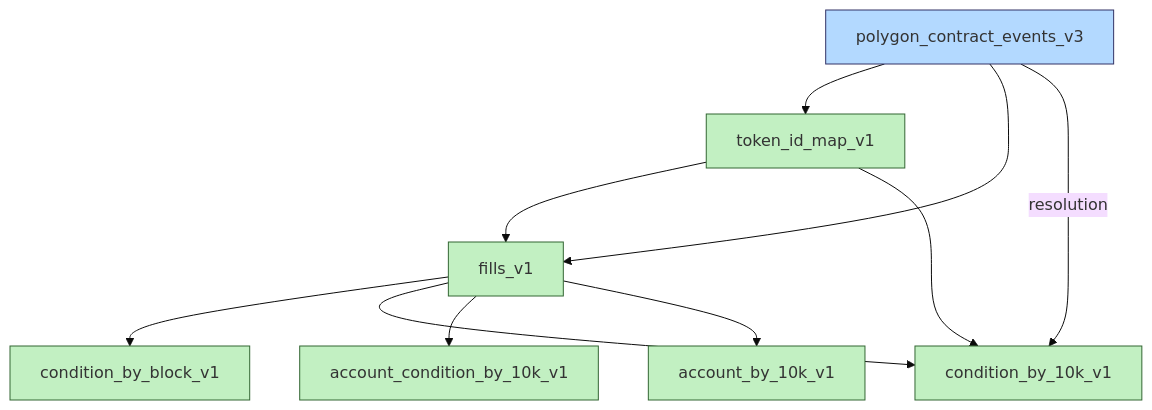
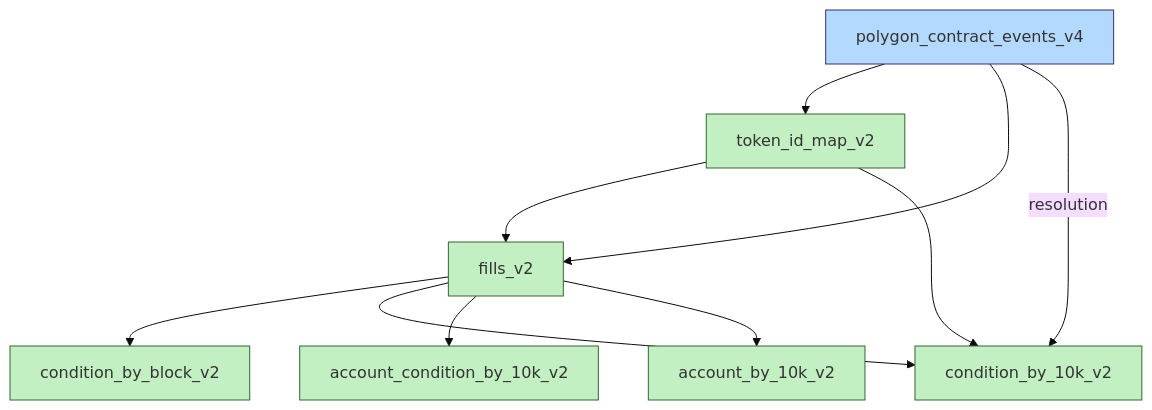
One commit to fulldecent/polymarket-quant-desk changed the diagram in docs/Data catalog.md. Above: the diagram before and after it, drawn with Mermaid (base theme). The commit also changed other lines of this file and 141 other files, not shown here.

First line of the commit message:
Add polygon_contract_events_v4 and derived v2 (drop tx hash, add timestamp)

````diff
--- a/docs/Data catalog.md
+++ b/docs/Data catalog.md
@@ -9,18 +9,18 @@
 ```mermaid
 graph TD
-    polygon_contract_events_v3 --> token_id_map_v1
-    polygon_contract_events_v3 --> fills_v1
-    token_id_map_v1 --> fills_v1
-    fills_v1 --> condition_by_block_v1
-    fills_v1 --> condition_by_10k_v1
-    polygon_contract_events_v3 --resolution--> condition_by_10k_v1
-    token_id_map_v1 --> condition_by_10k_v1
-    fills_v1 --> account_condition_by_10k_v1
-    fills_v1 --> account_by_10k_v1
+    polygon_contract_events_v4 --> token_id_map_v2
+    polygon_contract_events_v4 --> fills_v2
+    token_id_map_v2 --> fills_v2
+    fills_v2 --> condition_by_block_v2
+    fills_v2 --> condition_by_10k_v2
+    polygon_contract_events_v4 --resolution--> condition_by_10k_v2
+    token_id_map_v2 --> condition_by_10k_v2
+    fills_v2 --> account_condition_by_10k_v2
+    fills_v2 --> account_by_10k_v2
 
     classDef raw fill:#b3d9ff,stroke:#336
     classDef immutable fill:#c2f0c2,stroke:#363
 
-    class polygon_contract_events_v3 raw
-    class token_id_map_v1,fills_v1,condition_by_block_v1,condition_by_10k_v1,account_condition_by_10k_v1,account_by_10k_v1 immutable
+    class polygon_contract_events_v4 raw
+    class token_id_map_v2,fills_v2,condition_by_block_v2,condition_by_10k_v2,account_condition_by_10k_v2,account_by_10k_v2 immutable
 ```
````
